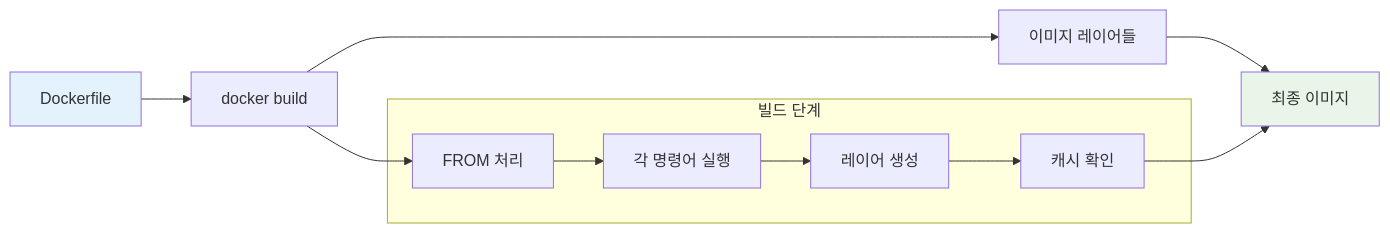
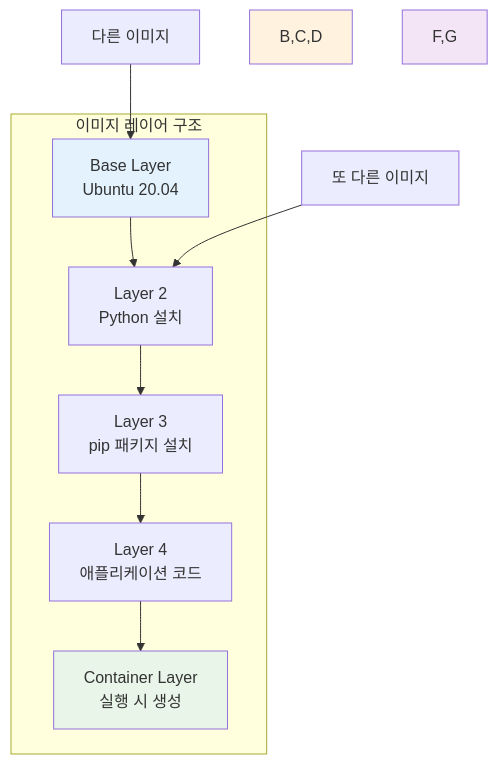
The first of 3 diagrams in theory/week_01/day3/session_1.md (niceguy61/kdt_devops_lecture_2025), drawn with Mermaid before and after one commit. The commit also changed other lines of this file and 26 other files, not shown here.

````diff
--- a/theory/week_01/day3/session_1.md
+++ b/theory/week_01/day3/session_1.md
@@ -75,18 +44,17 @@
 ```mermaid
-graph LR
-    A[Dockerfile] --> B[docker build]
-    B --> C[이미지 레이어들]
-    C --> D[최종 이미지]
-    
-    subgraph "빌드 단계"
-        E[FROM 처리]
-        F[각 명령어 실행]
-        G[레이어 생성]
-        H[캐시 확인]
+graph TB
+    subgraph "이미지 레이어 구조"
+        A[Base Layer<br/>Ubuntu 20.04] --> B[Layer 2<br/>Python 설치]
+        B --> C[Layer 3<br/>pip 패키지 설치]
+        C --> D[Layer 4<br/>애플리케이션 코드]
+        D --> E[Container Layer<br/>실행 시 생성]
     end
     
-    B --> E --> F --> G --> H --> D
+    F[다른 이미지] --> A
+    G[또 다른 이미지] --> B
     
     style A fill:#e3f2fd
-    style D fill:#e8f5e8
+    style B,C,D fill:#fff3e0
+    style E fill:#e8f5e8
+    style F,G fill:#f3e5f5
 ```
````
